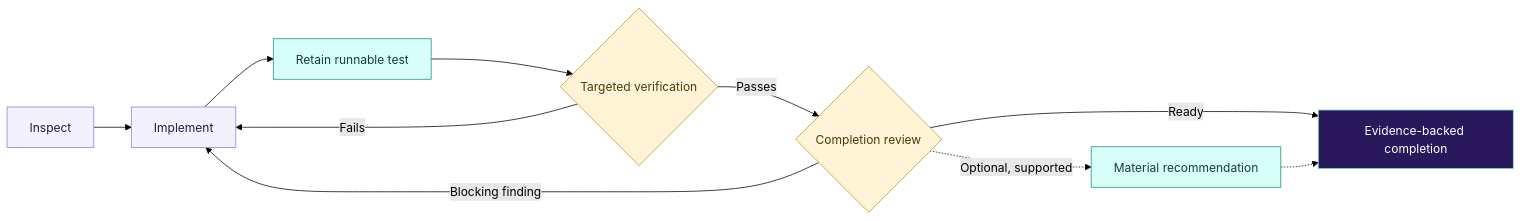
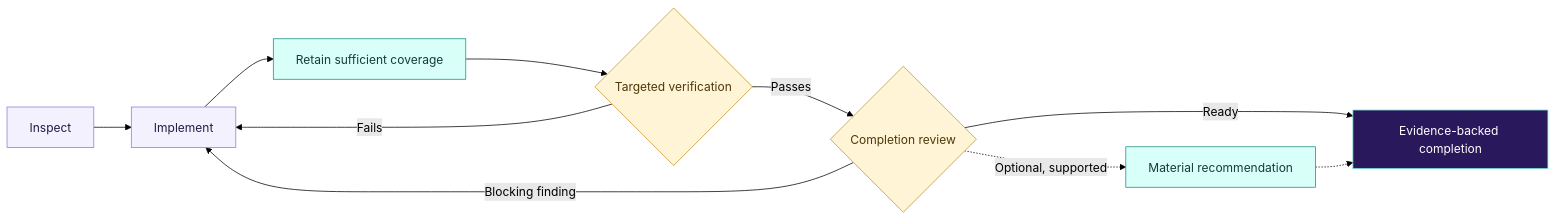
The fourth of 5 diagrams in README.md (aididhaiqal/adaptive-superpowers), drawn with Mermaid (forest theme) before and after one commit. The commit also changed other lines of this file and 55 other files, not shown here.

````diff
--- a/README.md
+++ b/README.md
@@ -240,21 +263,21 @@
 ```mermaid
 flowchart LR
     I["Inspect"] --> B["Implement"]
-    B --> T["Retain runnable test"]
+    B --> T["Retain sufficient coverage"]
     T --> V{"Targeted verification"}
     V -->|"Fails"| B
     V -->|"Passes"| CR{"Completion review"}
     CR -->|"Blocking finding"| B
     CR -->|"Ready"| E["Evidence-backed completion"]
     CR -.->|"Optional, supported"| O["Material recommendation"]
     O -.-> E
 
     classDef action fill:#f4f1ff,stroke:#8f79dd,color:#241a43
     classDef proof fill:#d9fff9,stroke:#168f83,color:#123e39
     classDef decision fill:#fff4d6,stroke:#c49422,color:#4d3909
     classDef done fill:#29185c,stroke:#72e0d1,color:#fff
     class I,B action
     class T,O proof
     class V,CR decision
     class E done
 ```
````
